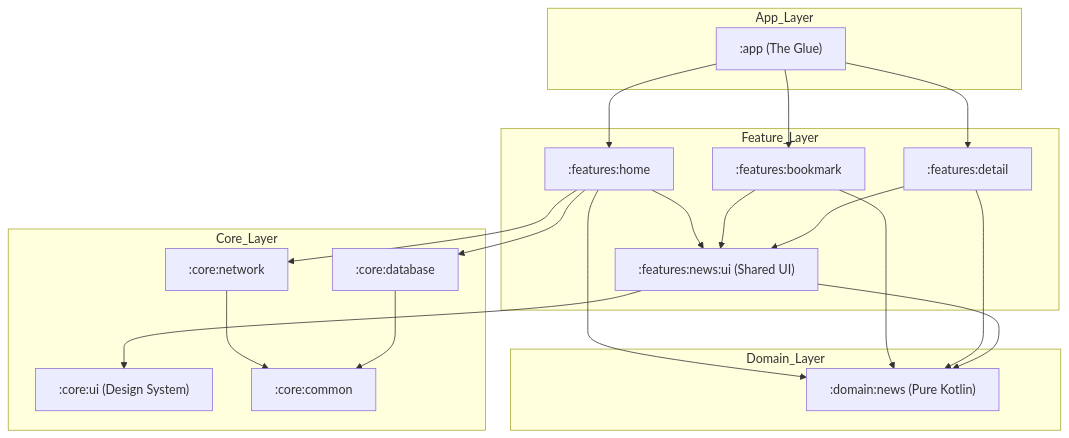
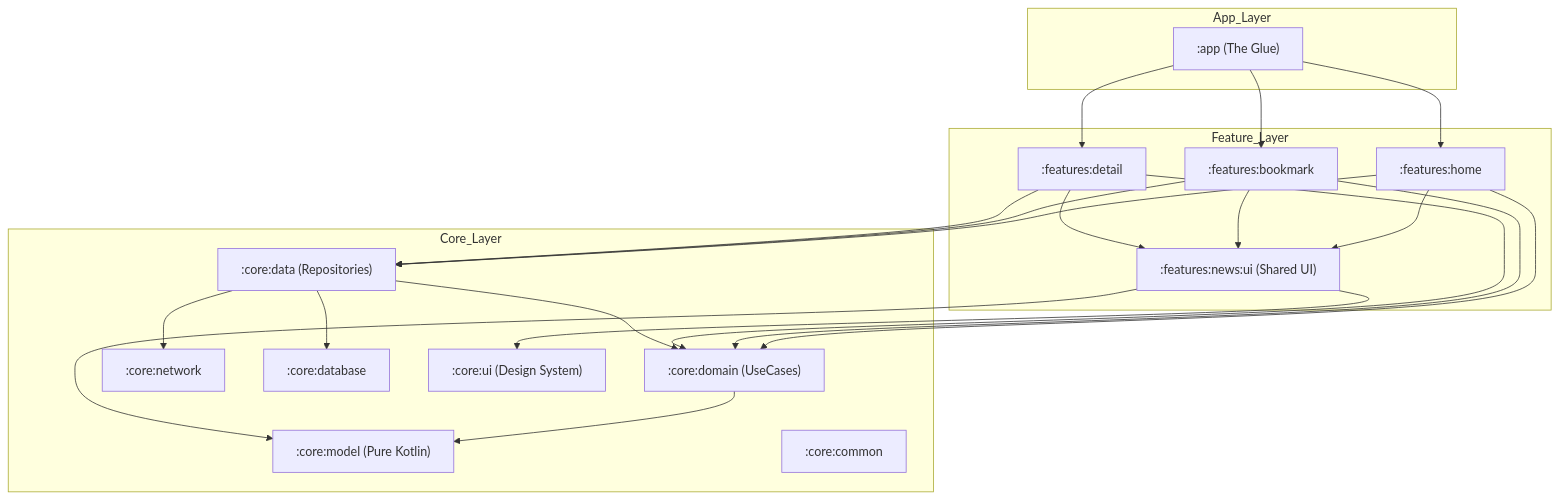
One commit to muharifandi/compose-mvi changed the first of 2 diagrams in README.md. Above: the diagram before and after it, drawn with Mermaid. The commit also changed other lines of this file and 277 other files, not shown here.

Commit message:
Complete NiA Refactor: Added :core:model, :core:domain, :core:data. Fixed UI modifiers and strings.

````diff
--- a/README.md
+++ b/README.md
@@ -29,44 +29,46 @@
 ```mermaid
 graph TD
     subgraph App_Layer
         APP[":app (The Glue)"]
     end
 
     subgraph Feature_Layer
         HOME[":features:home"]
         DETAIL[":features:detail"]
         BOOKMARK[":features:bookmark"]
         NEWS_UI[":features:news:ui (Shared UI)"]
     end
 
-    subgraph Domain_Layer
-        DOMAIN[":domain:news (Pure Kotlin)"]
-    end
-
     subgraph Core_Layer
-        CORE_UI[":core:ui (Design System)"]
+        CORE_MODEL[":core:model (Pure Kotlin)"]
+        CORE_DOMAIN[":core:domain (UseCases)"]
+        CORE_DATA[":core:data (Repositories)"]
         CORE_NET[":core:network"]
         CORE_DB[":core:database"]
+        CORE_UI[":core:ui (Design System)"]
         CORE_COM[":core:common"]
     end
 
     APP --> HOME
     APP --> DETAIL
     APP --> BOOKMARK
     
-    HOME --> DOMAIN
+    HOME --> CORE_DOMAIN
+    HOME --> CORE_DATA
+    BOOKMARK --> CORE_DOMAIN
+    BOOKMARK --> CORE_DATA
+    DETAIL --> CORE_DOMAIN
+    DETAIL --> CORE_DATA
+
     HOME --> NEWS_UI
-    BOOKMARK --> DOMAIN
     BOOKMARK --> NEWS_UI
-    DETAIL --> DOMAIN
     DETAIL --> NEWS_UI
 
+    CORE_DOMAIN --> CORE_MODEL
+    CORE_DATA --> CORE_DOMAIN
+    CORE_DATA --> CORE_NET
+    CORE_DATA --> CORE_DB
+    
     NEWS_UI --> CORE_UI
-    NEWS_UI --> DOMAIN
-
-    HOME --> CORE_NET
-    HOME --> CORE_DB
-    
-    CORE_NET --> CORE_COM
-    CORE_DB --> CORE_COM
+    NEWS_UI --> CORE_MODEL
 ```
````
